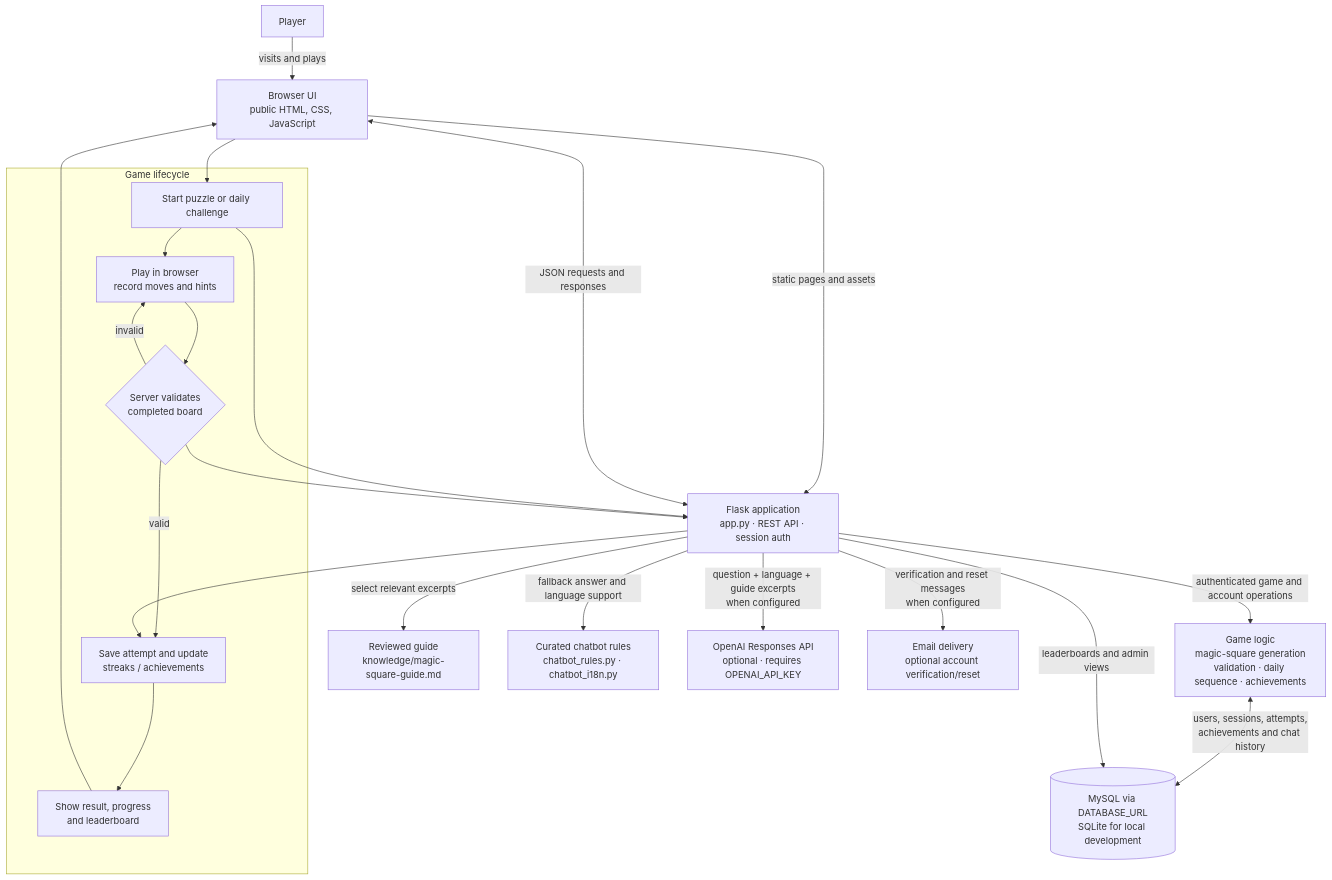
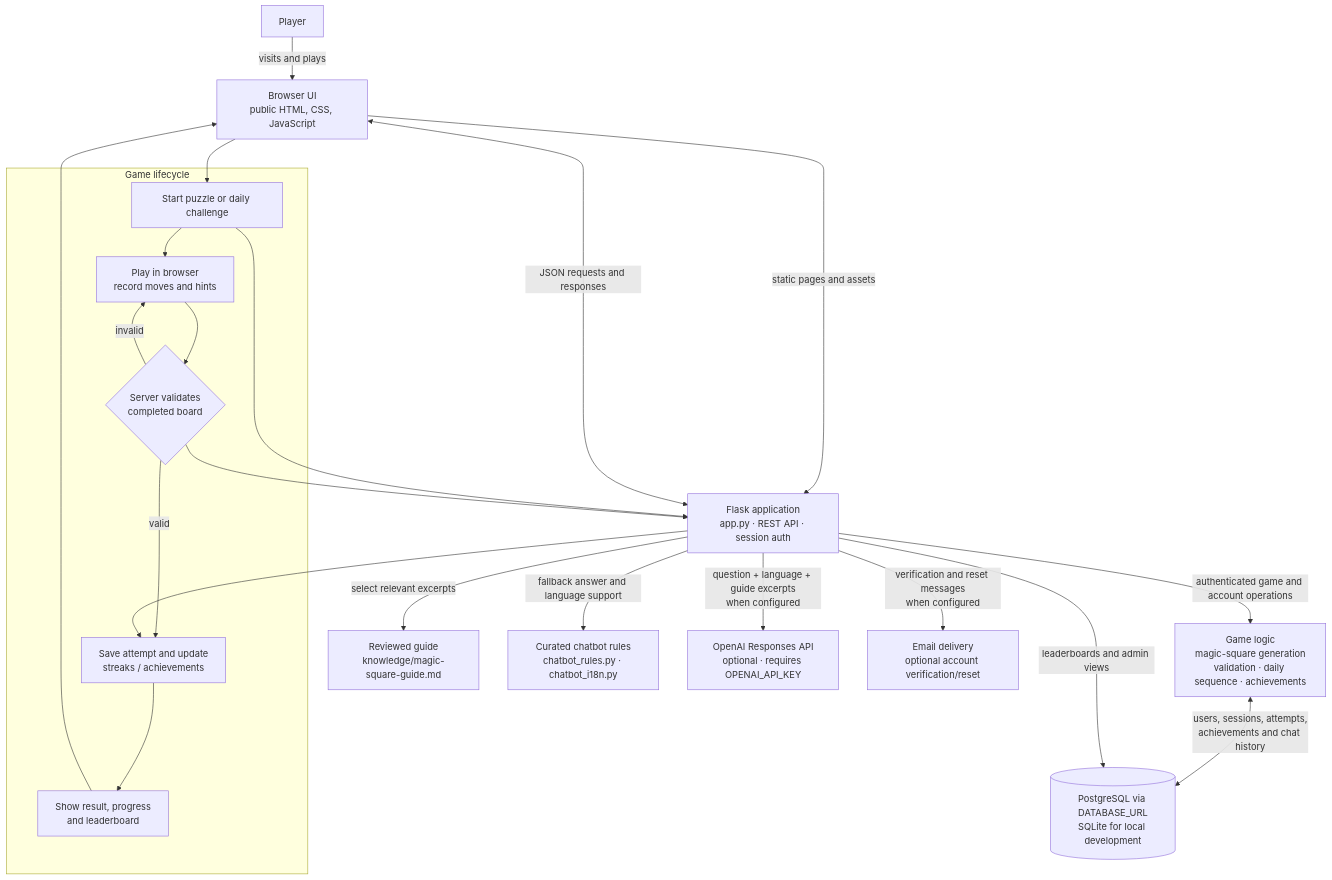
The diagram in SYSTEM_WORKFLOW.md (madhurijambagi/ramanujans-magic-square), drawn with Mermaid before and after one commit. The commit also changed other lines of this file and 8 other files, not shown here.

````diff
--- a/SYSTEM_WORKFLOW.md
+++ b/SYSTEM_WORKFLOW.md
@@ -5,39 +5,39 @@
 ```mermaid
 flowchart TB
     Player[Player]
     Browser[Browser UI<br/>public HTML, CSS, JavaScript]
     API[Flask application<br/>app.py · REST API · session auth]
     Game[Game logic<br/>magic-square generation<br/>validation · daily sequence · achievements]
-    DB[(MySQL via DATABASE_URL<br/>SQLite for local development)]
+    DB[(PostgreSQL via DATABASE_URL<br/>SQLite for local development)]
     Guide[Reviewed guide<br/>knowledge/magic-square-guide.md]
     Rules[Curated chatbot rules<br/>chatbot_rules.py · chatbot_i18n.py]
     OpenAI[OpenAI Responses API<br/>optional · requires OPENAI_API_KEY]
     Mail[Email delivery<br/>optional account verification/reset]
 
     Player -->|visits and plays| Browser
     Browser -->|static pages and assets| API
     Browser <-->|JSON requests and responses| API
     API -->|authenticated game and account operations| Game
     Game <-->|users, sessions, attempts,<br/>achievements and chat history| DB
     API -->|leaderboards and admin views| DB
     API -->|select relevant excerpts| Guide
     API -->|fallback answer and language support| Rules
     API -->|question + language + guide excerpts<br/>when configured| OpenAI
     API -->|verification and reset messages<br/>when configured| Mail
 
     subgraph Game lifecycle
       Start[Start puzzle or daily challenge]
       Solve[Play in browser<br/>record moves and hints]
       Check{Server validates<br/>completed board}
       Save[Save attempt and update<br/>streaks / achievements]
       View[Show result, progress<br/>and leaderboard]
       Start --> Solve --> Check
       Check -->|valid| Save --> View
       Check -->|invalid| Solve
     end
     Browser --> Start
     Start --> API
     Check --> API
     API --> Save
     View --> Browser
 ```
````
